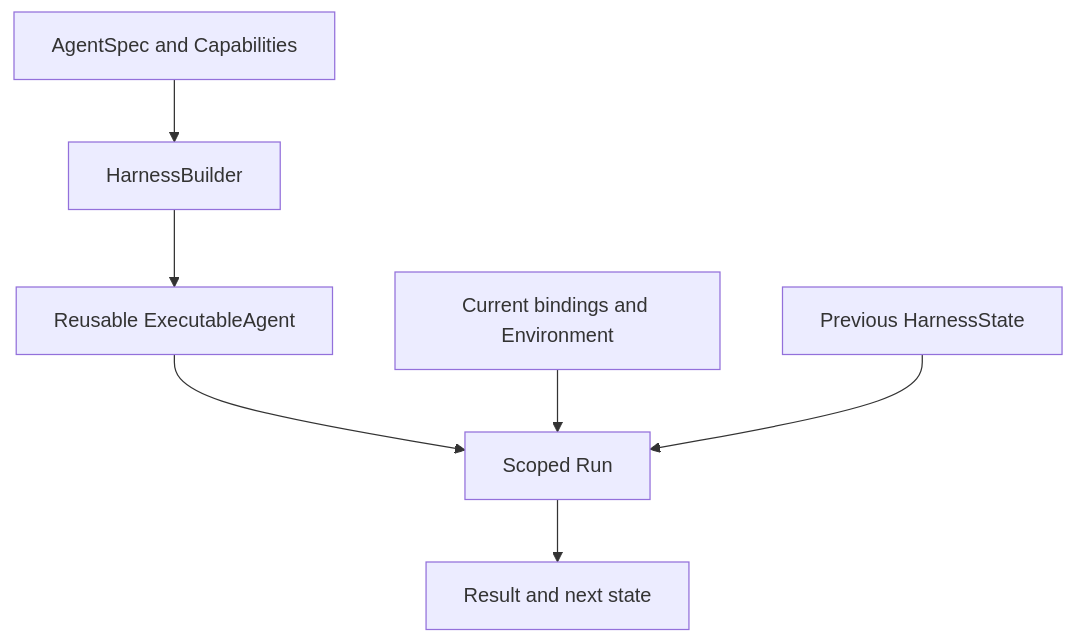
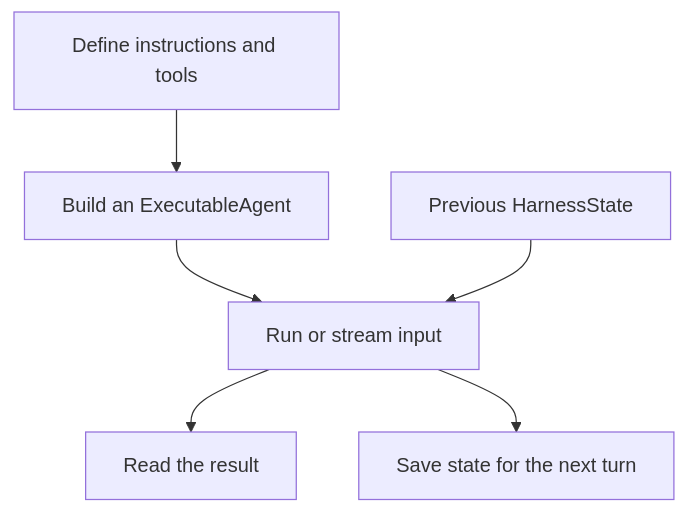
The diagram in docs/a13n-harness/index.md (converge-ai-labs/agent-foundation), drawn with Mermaid before and after one commit. The commit also changed other lines of this file and 49 other files, not shown here.

````diff
--- a/docs/a13n-harness/index.md
+++ b/docs/a13n-harness/index.md
@@ -13,13 +15,12 @@
 ```mermaid
 flowchart TB
-    Spec["AgentSpec and Capabilities"] --> Build["HarnessBuilder"]
-    Build --> Agent["Reusable ExecutableAgent"]
-    Agent --> Run["Scoped Run"]
-    Bindings["Current bindings and Environment"] --> Run
+    Spec["Define instructions and tools"] --> Build["Build an ExecutableAgent"]
+    Build --> Run["Run or stream input"]
     State["Previous HarnessState"] --> Run
-    Run --> Result["Result and next state"]
+    Run --> Result["Read the result"]
+    Run --> Save["Save state for the next turn"]
 
-    class Spec,Build,Agent,Run a13n
-    class Bindings app
-    class State,Result store
+    class Spec,Build,Run a13n
+    class State,Save store
+    class Result success
 ```
````
